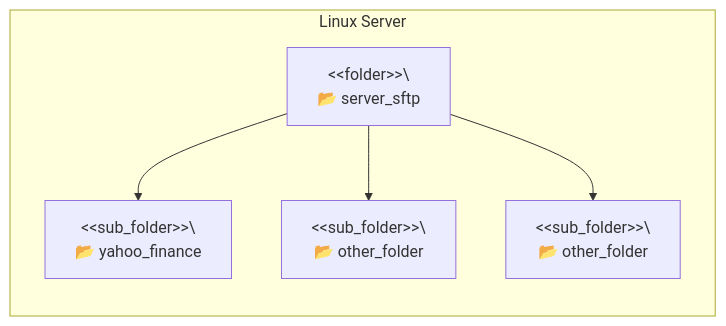
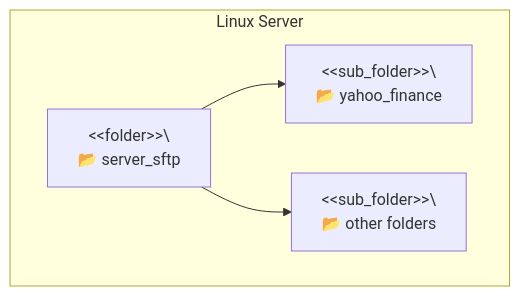
One commit to TrulyDigital/DATA_STREET changed the second of 3 diagrams in server_sftp/README.md. Above: the diagram before and after it, drawn with Mermaid.

Commit message:
update: server_sftp README.md

````diff
--- a/server_sftp/README.md
+++ b/server_sftp/README.md
@@ -14,13 +14,11 @@
 ```mermaid
-graph LR
+graph TD
     subgraph Contenedor_A [Linux Server]
         A1[&lt;&lt;folder&gt;&gt;\<br/> 📂 server_sftp]
         A2[&lt;&lt;sub_folder&gt;&gt;\<br/> 📂 yahoo_finance]
-        A3[&lt;&lt;sub_folder&gt;&gt;\<br/> 📂 other_folder]
-        A4[&lt;&lt;sub_folder&gt;&gt;\<br/> 📂 other_folder]
+        A3[&lt;&lt;sub_folder&gt;&gt;\<br/> 📂 other folders]
     end
 
     A1 --> A2
     A1 --> A3
-    A1 --> A4
 ```
````
